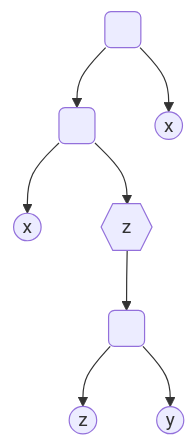
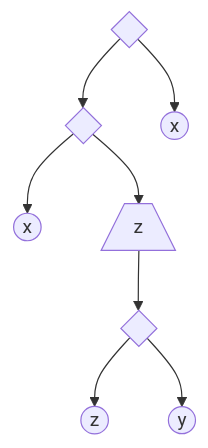
One commit to gzholtkevych/CertifiedProgramming changed the third of 6 diagrams in Lectures/lecture-2.md. Above: the diagram before and after it, drawn with Mermaid. The commit also changed other lines of this file, not shown here.

````diff
--- a/Lectures/lecture-2.md
+++ b/Lectures/lecture-2.md
@@ -84,10 +84,10 @@
 ```mermaid
 graph TD
-    A( ) --> B( )
+    A{ } --> B{ }
     A --> C((x))
     B --> D((x))
-    B --> E{{z}}
-    E --> F( )
+    B --> E[/z\]
+    E --> F{ }
     F --> G((z))
     F --> H((y))
 ```
````
